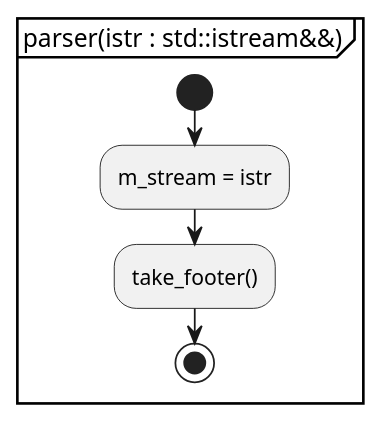
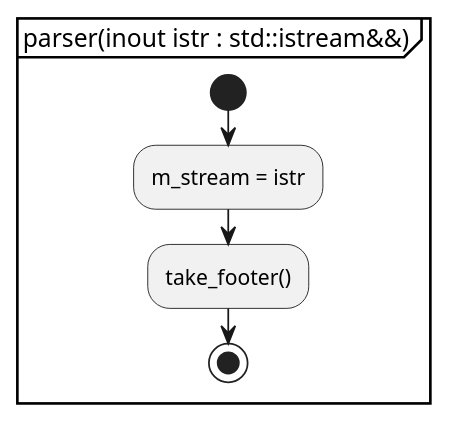
One commit to KodaiYM/PDFReader changed the first of 7 diagrams in document/parser.activity.pu. Above: the diagram before and after it, drawn with PlantUML. The commit also changed other lines of this file and 2 other files, not shown here.

Commit message:
startxref 以下の解析部分の図をUMLの仕様に従って完成

```diff
--- a/document/parser.activity.pu
+++ b/document/parser.activity.pu
@@ -1,8 +1,8 @@
 @startuml parser
-partition "parser(istr : std::istream&&)" {
+partition "parser(inout istr : std::istream&&)" {
 start
 	:m_stream = istr;
 	:take_footer();
 stop
 }
 @enduml
```
